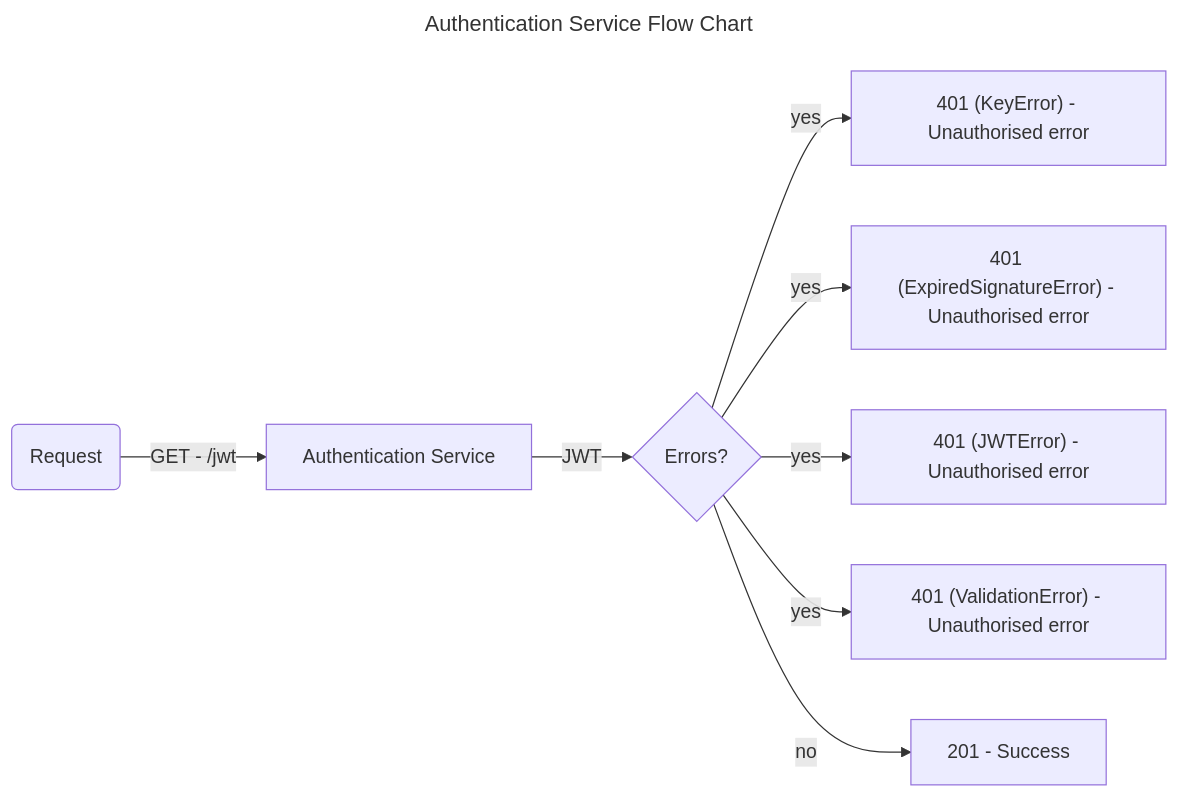
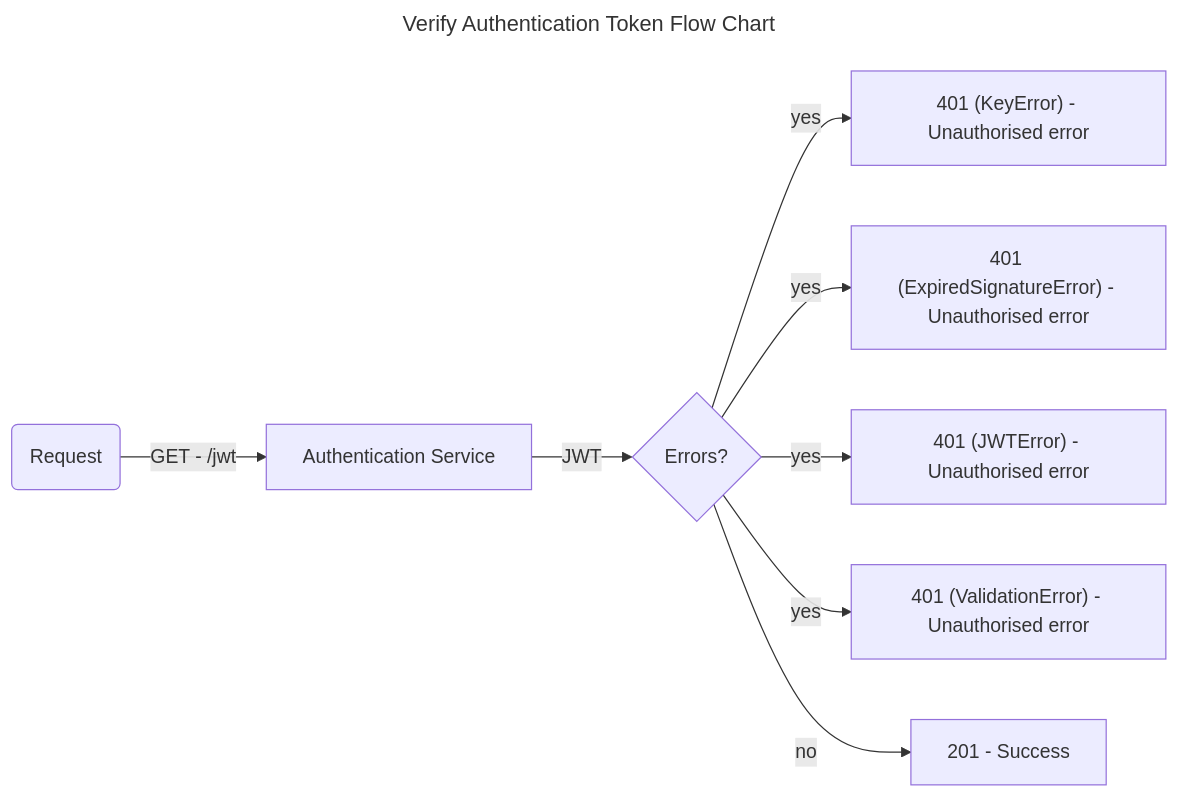
One commit to darrylmorton/ct-iot-authentication-service changed the second of 2 diagrams in docs/DIAGRAMS.md. Above: the diagram before and after it, drawn with Mermaid. The commit also changed other lines of this file and 1 other file, not shown here.

Commit message:
Update README.md (#23)
* Update README.md

* Update DIAGRAMS.md

````diff
--- a/docs/DIAGRAMS.md
+++ b/docs/DIAGRAMS.md
@@ -16,14 +16,14 @@
 ```mermaid
 ---
-title: Authentication Service Flow Chart
+title: Verify Authentication Token Flow Chart
 ---
 
 flowchart LR
     HttpRequest(Request) -->|GET - /jwt| AuthenticationService[Authentication Service]
     AuthenticationService -->|JWT| Errors{Errors?}
     Errors -->|yes| KeyError["401 (KeyError) - Unauthorised error"]
     Errors -->|yes| ExpiredSignatureError["401 (ExpiredSignatureError) - Unauthorised error"]
     Errors -->|yes| JWTError["401 (JWTError) - Unauthorised error"]
     Errors -->|yes| ValidationError["401 (ValidationError) - Unauthorised error"]
     Errors -->|no| SuccessResponse[201 - Success]
 ```
````
